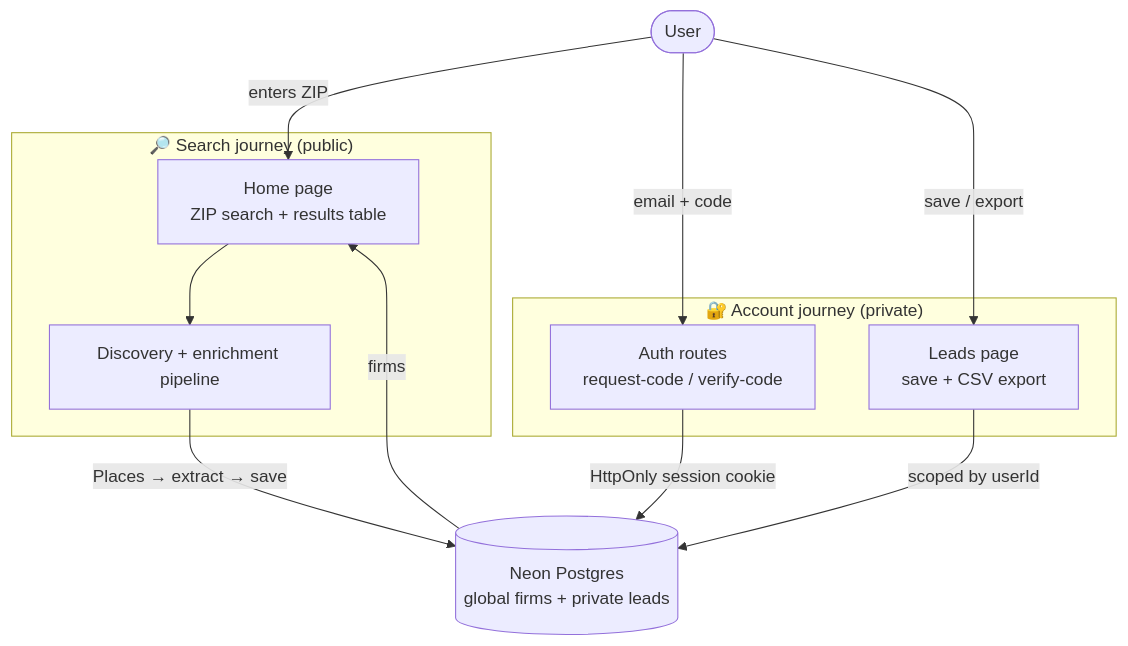
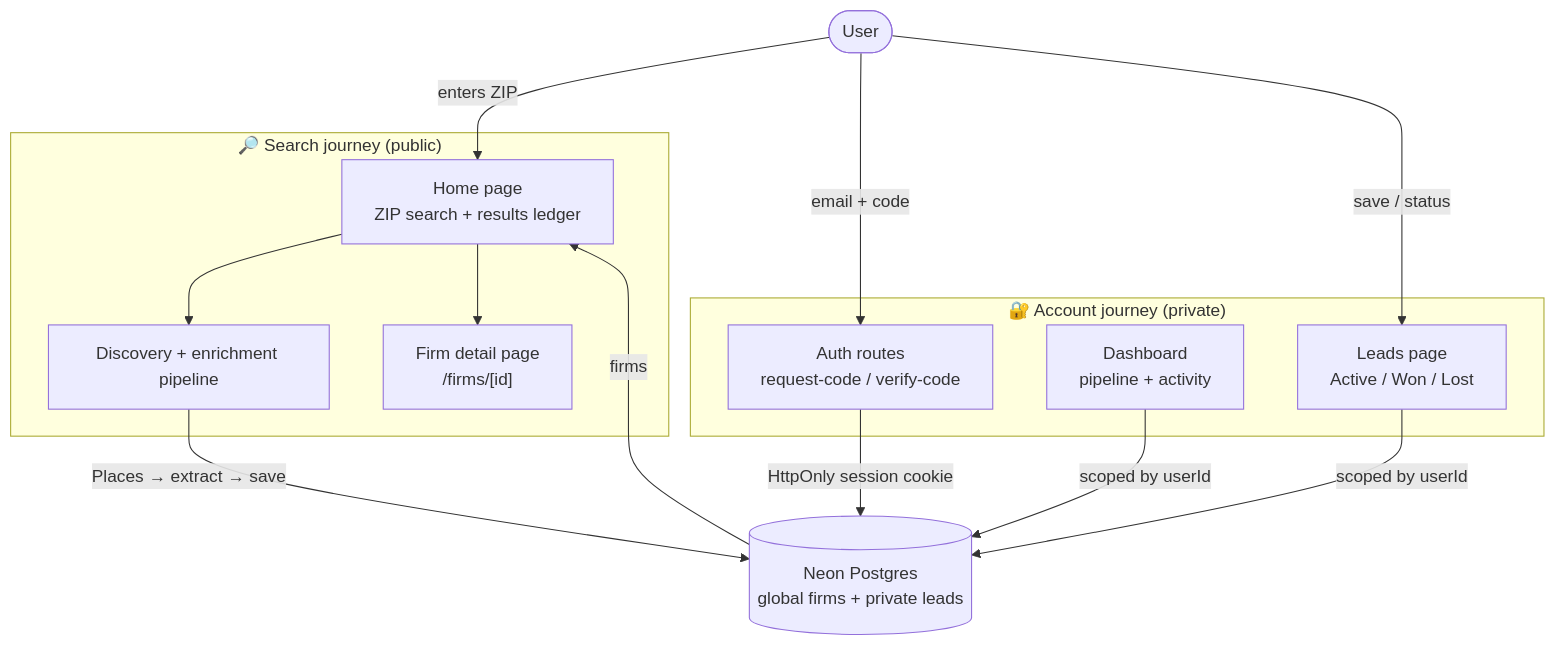
Before and after one commit to philay3/Legal-prospect: the first of 3 diagrams in README.md, drawn with Mermaid. The commit also changed other lines of this file and 91 other files, not shown here.

````diff
--- a/README.md
+++ b/README.md
@@ -68,26 +70,30 @@
 ```mermaid
 flowchart TD
     User([User])
 
     subgraph Search["🔎 Search journey (public)"]
-        Home["Home page<br/>ZIP search + results table"]
+        Home["Home page<br/>ZIP search + results ledger"]
         Pipeline["Discovery + enrichment pipeline"]
+        Detail["Firm detail page<br/>/firms/[id]"]
     end
 
     subgraph Account["🔐 Account journey (private)"]
         Auth["Auth routes<br/>request-code / verify-code"]
-        Leads["Leads page<br/>save + CSV export"]
+        Dash["Dashboard<br/>pipeline + activity"]
+        Leads["Leads page<br/>Active / Won / Lost"]
     end
 
     DB[("Neon Postgres<br/>global firms + private leads")]
 
     User -->|enters ZIP| Home
     Home --> Pipeline
     Pipeline -->|Places → extract → save| DB
     DB -->|firms| Home
+    Home --> Detail
 
     User -->|email + code| Auth
     Auth -->|HttpOnly session cookie| DB
-    User -->|save / export| Leads
+    User -->|save / status| Leads
     Leads -->|scoped by userId| DB
+    Dash -->|scoped by userId| DB
 ```
````
